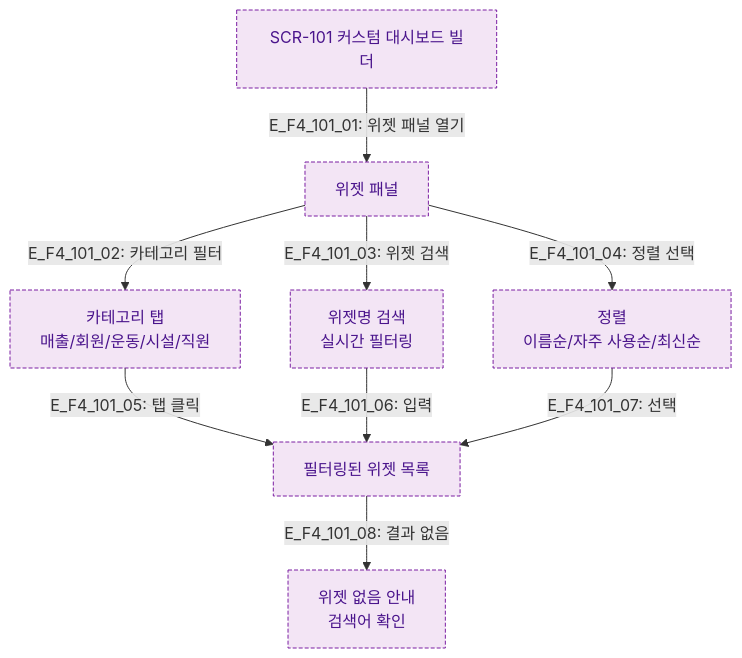
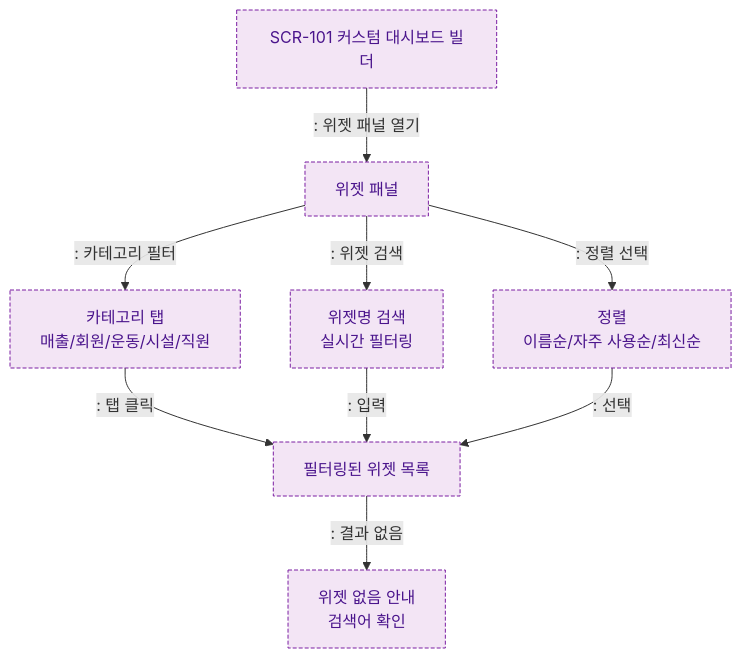
The diagram in docs/다이어그램/D10_본사관리/SCR-101_커스텀대시보드빌더/F4_필터검색정렬.md (dev-spogym/admin-pando), drawn with Mermaid before and after one commit. The commit also changed other lines of this file and 1660 other files, not shown here.

First line of the commit message:
다이어그램: 기획자/클라이언트 납품본으로 정리

````diff
--- a/docs/다이어그램/D10_본사관리/SCR-101_커스텀대시보드빌더/F4_필터검색정렬.md
+++ b/docs/다이어그램/D10_본사관리/SCR-101_커스텀대시보드빌더/F4_필터검색정렬.md
@@ -14,21 +12,21 @@
 ```mermaid
 flowchart TD
     SCR101[SCR-101 커스텀 대시보드 빌더]
 
-    SCR101 -->|"E_F4_101_01: 위젯 패널 열기"| WidgetPanel[위젯 패널]
-    WidgetPanel -->|"E_F4_101_02: 카테고리 필터"| CategoryFilter[카테고리 탭\n매출/회원/운동/시설/직원]
-    WidgetPanel -->|"E_F4_101_03: 위젯 검색"| SearchWidget[위젯명 검색\n실시간 필터링]
-    WidgetPanel -->|"E_F4_101_04: 정렬 선택"| SortWidget[정렬\n이름순/자주 사용순/최신순]
+    SCR101 -->|": 위젯 패널 열기"|WidgetPanel[위젯 패널]
+    WidgetPanel -->|": 카테고리 필터"|CategoryFilter[카테고리 탭\n매출/회원/운동/시설/직원]
+    WidgetPanel -->|": 위젯 검색"|SearchWidget[위젯명 검색\n실시간 필터링]
+    WidgetPanel -->|": 정렬 선택"|SortWidget[정렬\n이름순/자주 사용순/최신순]
 
-    CategoryFilter -->|"E_F4_101_05: 탭 클릭"| FilteredList[필터링된 위젯 목록]
-    SearchWidget -->|"E_F4_101_06: 입력"| FilteredList
-    SortWidget -->|"E_F4_101_07: 선택"| FilteredList
+    CategoryFilter -->|": 탭 클릭"|FilteredList[필터링된 위젯 목록]
+    SearchWidget -->|": 입력"|FilteredList
+    SortWidget -->|": 선택"|FilteredList
 
-    FilteredList -->|"E_F4_101_08: 결과 없음"| EmptyPanel[위젯 없음 안내\n검색어 확인]
+    FilteredList -->|": 결과 없음"|EmptyPanel[위젯 없음 안내\n검색어 확인]
 
     classDef screen fill:#E3F2FD,stroke:#1976D2,color:#0D47A1
     classDef newFeature fill:#F3E5F5,stroke:#7B1FA2,color:#4A148C,stroke-dasharray:4 2
     classDef system fill:#EDE7F6,stroke:#5E35B2
     class SCR101 newFeature
     class WidgetPanel,CategoryFilter,SearchWidget,SortWidget,FilteredList,EmptyPanel newFeature
 ```
````
